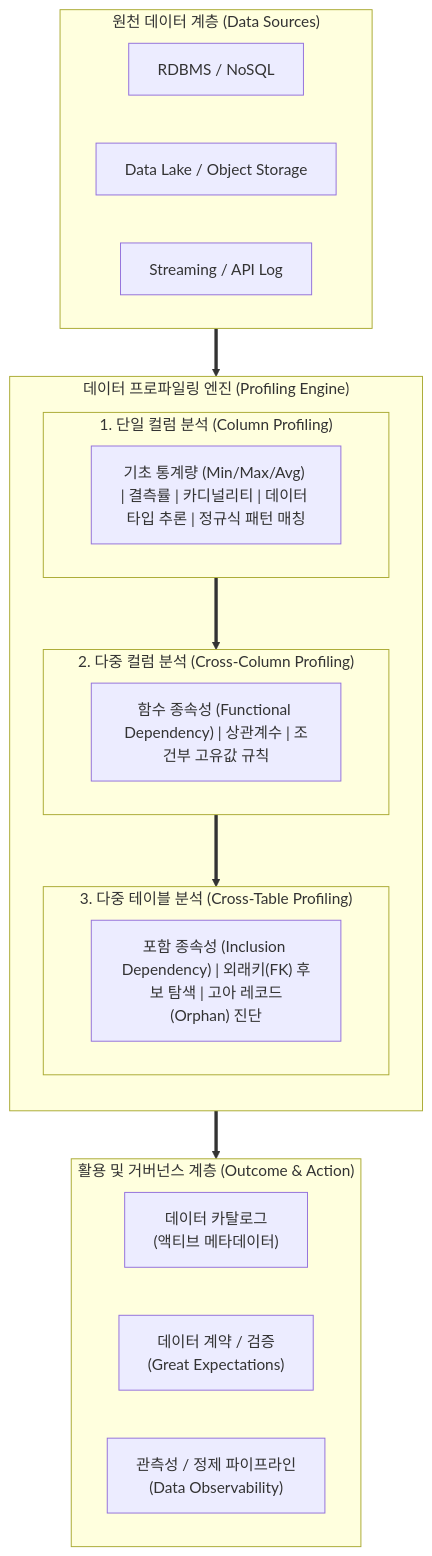
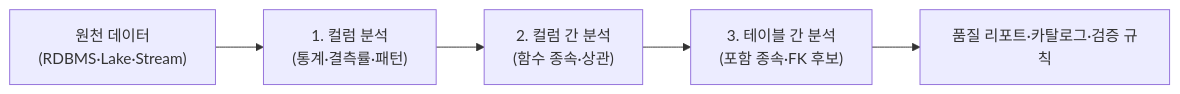
Before and after one commit to supremethumb/supremethumb.github.io: the diagram in content/01_IT Tech/데이터 프로파일링.md, drawn with Mermaid. The commit also changed other lines of this file and 1087 other files, not shown here.

````diff
--- a/content/01_IT Tech/데이터 프로파일링.md
+++ b/content/01_IT Tech/데이터 프로파일링.md
@@ -37,37 +34,7 @@
 ```mermaid
-flowchart TB
-    subgraph Source["원천 데이터 계층 (Data Sources)"]
-        direction LR
-        S1["RDBMS / NoSQL"]
-        S2["Data Lake / Object Storage"]
-        S3["Streaming / API Log"]
-    end
-
-    subgraph ProfilingEngine["데이터 프로파일링 엔진 (Profiling Engine)"]
-        direction TB
-        subgraph L1["1. 단일 컬럼 분석 (Column Profiling)"]
-            P1["기초 통계량 (Min/Max/Avg) | 결측률 | 카디널리티 | 데이터 타입 추론 | 정규식 패턴 매칭"]
-        end
-
-        subgraph L2["2. 다중 컬럼 분석 (Cross-Column Profiling)"]
-            P2["함수 종속성 (Functional Dependency) | 상관계수 | 조건부 고유값 규칙"]
-        end
-
-        subgraph L3["3. 다중 테이블 분석 (Cross-Table Profiling)"]
-            P3["포함 종속성 (Inclusion Dependency) | 외래키(FK) 후보 탐색 | 고아 레코드(Orphan) 진단"]
-        end
-
-        L1 ==> L2 ==> L3
-    end
-
-    subgraph OutputLayer["활용 및 거버넌스 계층 (Outcome & Action)"]
-        direction LR
-        O1["데이터 카탈로그<br/>(액티브 메타데이터)"]
-        O2["데이터 계약 / 검증<br/>(Great Expectations)"]
-        O3["관측성 / 정제 파이프라인<br/>(Data Observability)"]
-    end
-
-    Source ==> ProfilingEngine
-    ProfilingEngine ==> OutputLayer
-
+flowchart LR
+    SRC["원천 데이터<br/>(RDBMS·Lake·Stream)"] --> L1["1. 컬럼 분석<br/>(통계·결측률·패턴)"]
+    L1 --> L2["2. 컬럼 간 분석<br/>(함수 종속·상관)"]
+    L2 --> L3["3. 테이블 간 분석<br/>(포함 종속·FK 후보)"]
+    L3 --> OUT["품질 리포트·카탈로그·검증 규칙"]
 ```
````
